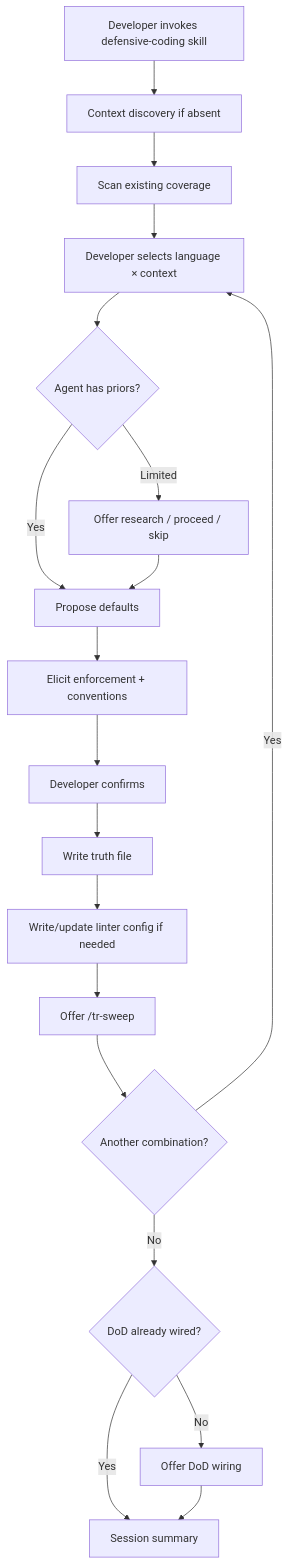
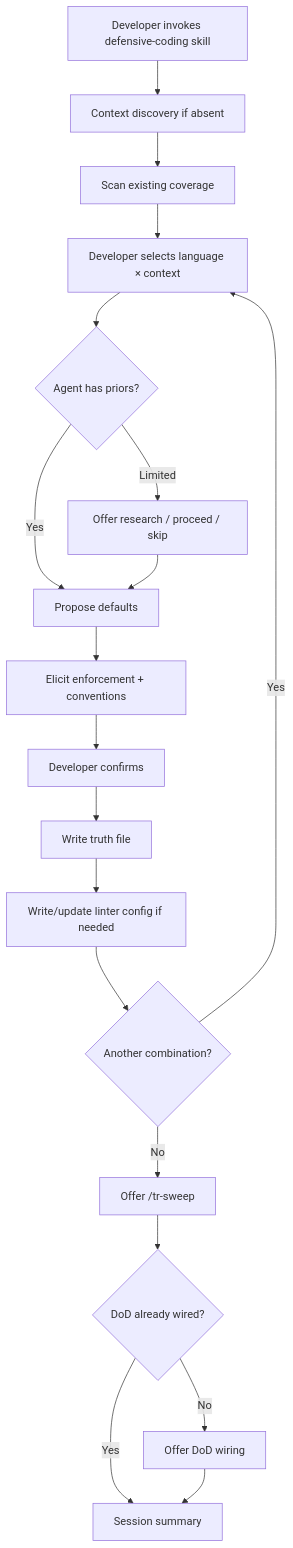
Before and after one commit to imix/taproot: the diagram in taproot/specs/taproot-modules/defensive-coding/usecase.md, drawn with Mermaid. The commit also changed other lines of this file and 1 other file, not shown here.

````diff
--- a/taproot/specs/taproot-modules/defensive-coding/usecase.md
+++ b/taproot/specs/taproot-modules/defensive-coding/usecase.md
@@ -75,21 +82,21 @@
 ```mermaid
 flowchart TD
     A[Developer invokes defensive-coding skill] --> B[Context discovery if absent]
     B --> C[Scan existing coverage]
     C --> D[Developer selects language × context]
     D --> E{Agent has priors?}
     E -->|Yes| F[Propose defaults]
     E -->|Limited| G[Offer research / proceed / skip]
     G --> F
     F --> H[Elicit enforcement + conventions]
     H --> I[Developer confirms]
     I --> J[Write truth file]
     J --> K[Write/update linter config if needed]
-    K --> L[Offer /tr-sweep]
-    L --> M{Another combination?}
-    M -->|Yes| D
-    M -->|No| N{DoD already wired?}
+    K --> L{Another combination?}
+    L -->|Yes| D
+    L -->|No| M[Offer /tr-sweep]
+    M --> N{DoD already wired?}
     N -->|No| O[Offer DoD wiring]
     N -->|Yes| P[Session summary]
     O --> P
 ```
````
